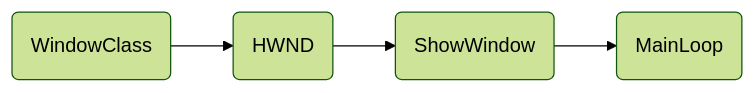
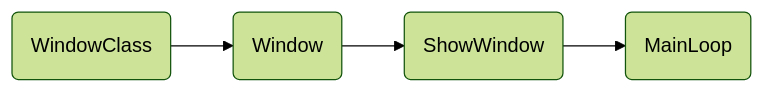
One commit to pw1316/pw1316.github.io changed the first of 3 diagrams in _posts/2018-05-29-DX11Note.md. Above: the diagram before and after it, drawn with Mermaid (forest theme). The commit also changed other lines of this file and 1 other file, not shown here.

````diff
--- a/_posts/2018-05-29-DX11Note.md
+++ b/_posts/2018-05-29-DX11Note.md
@@ -13,6 +13,6 @@
 ```mermaid
 graph LR
-A(WindowClass)-->B(HWND)
+A(WindowClass)-->B(Window)
 B-->C(ShowWindow)
 C-->D(MainLoop)
 ```
````
